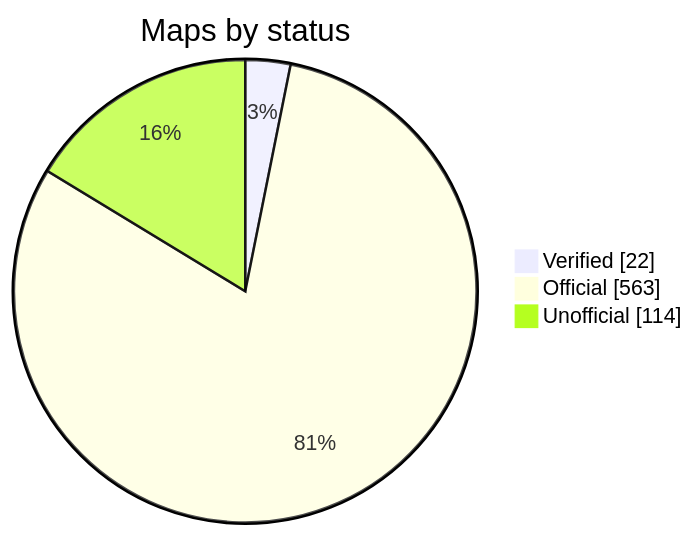
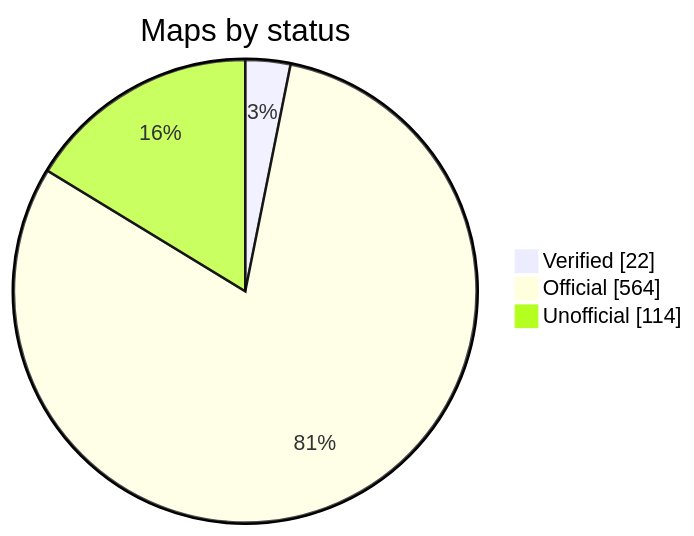
One commit to nobrega8/mbmap-library changed the diagram in README.md. Above: the diagram before and after it, drawn with Mermaid. The commit also changed 6 other files, not shown here.

````diff
--- a/README.md
+++ b/README.md
@@ -52,7 +52,7 @@
 ```mermaid
 pie showData
     title Maps by status
     "Verified" : 22
-    "Official" : 563
+    "Official" : 564
     "Unofficial" : 114
 ```
````
